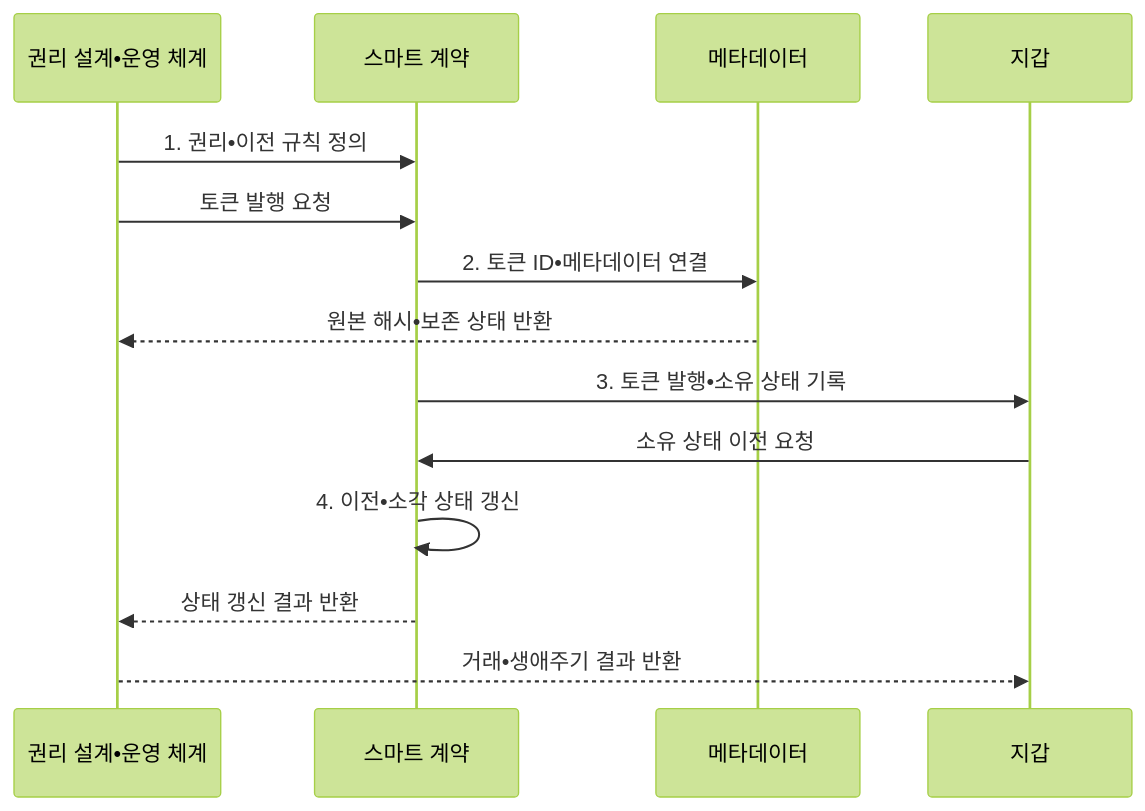
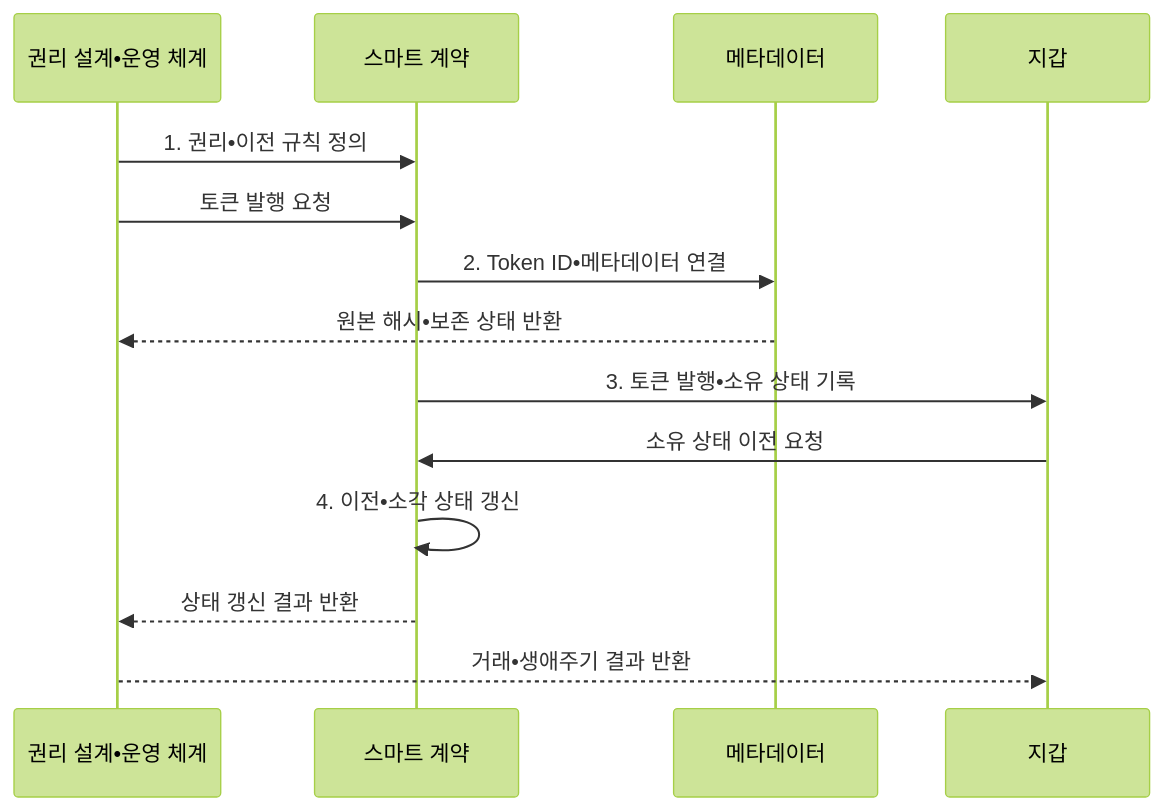
One commit to agnusdei1207/knowledge-base changed the second of 2 diagrams in src/content/docs/notes/08-latest-tech/223_nft_non_fungible_token.md. Above: the diagram before and after it, drawn with Mermaid (forest theme). The commit also changed other lines of this file and 6 other files, not shown here.

````diff
--- a/src/content/docs/notes/08-latest-tech/223_nft_non_fungible_token.md
+++ b/src/content/docs/notes/08-latest-tech/223_nft_non_fungible_token.md
@@ -101,16 +104,16 @@
 ```mermaid
 sequenceDiagram
     participant R as 권리 설계•운영 체계
   participant C as 스마트 계약
   participant M as 메타데이터
   participant W as 지갑
   R->>C: 1. 권리•이전 규칙 정의
     R->>C: 토큰 발행 요청
-  C->>M: 2. 토큰 ID•메타데이터 연결
+  C->>M: 2. Token ID•메타데이터 연결
     M-->>R: 원본 해시•보존 상태 반환
   C->>W: 3. 토큰 발행•소유 상태 기록
   W->>C: 소유 상태 이전 요청
   C->>C: 4. 이전•소각 상태 갱신
     C-->>R: 상태 갱신 결과 반환
     R-->>W: 거래•생애주기 결과 반환
 ```
````
